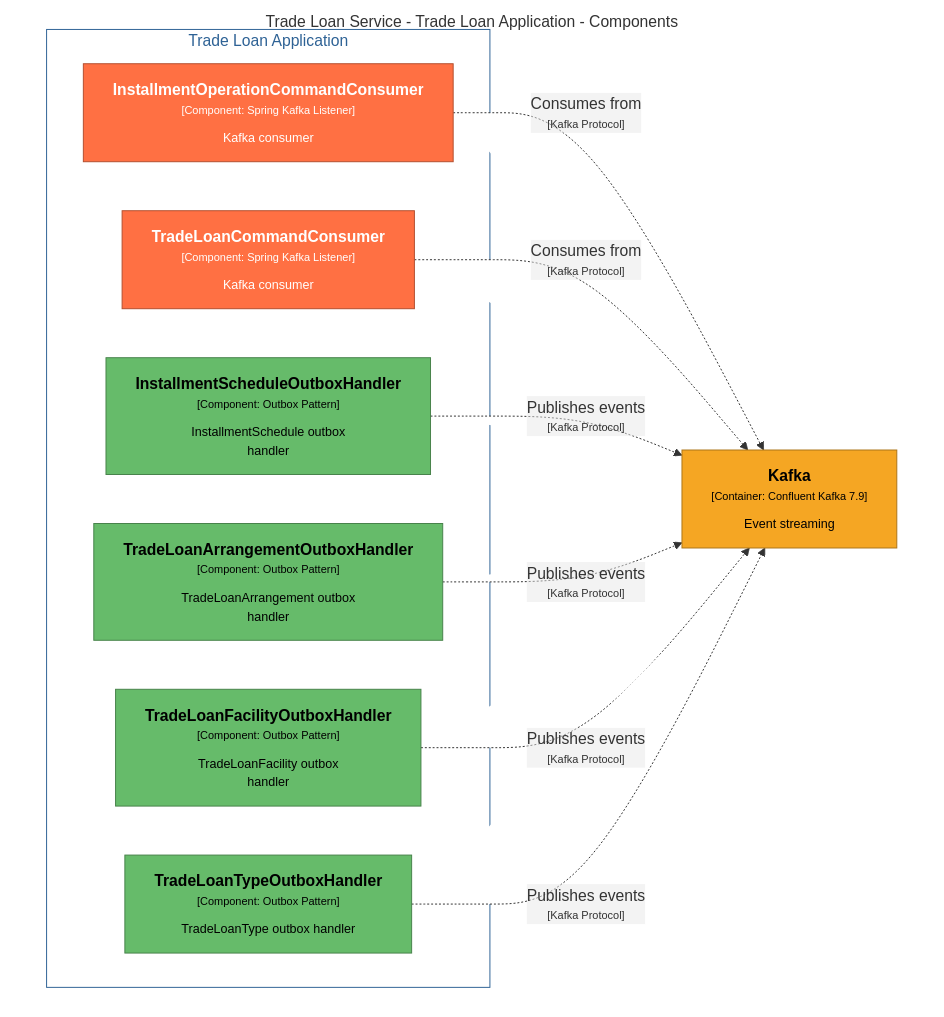
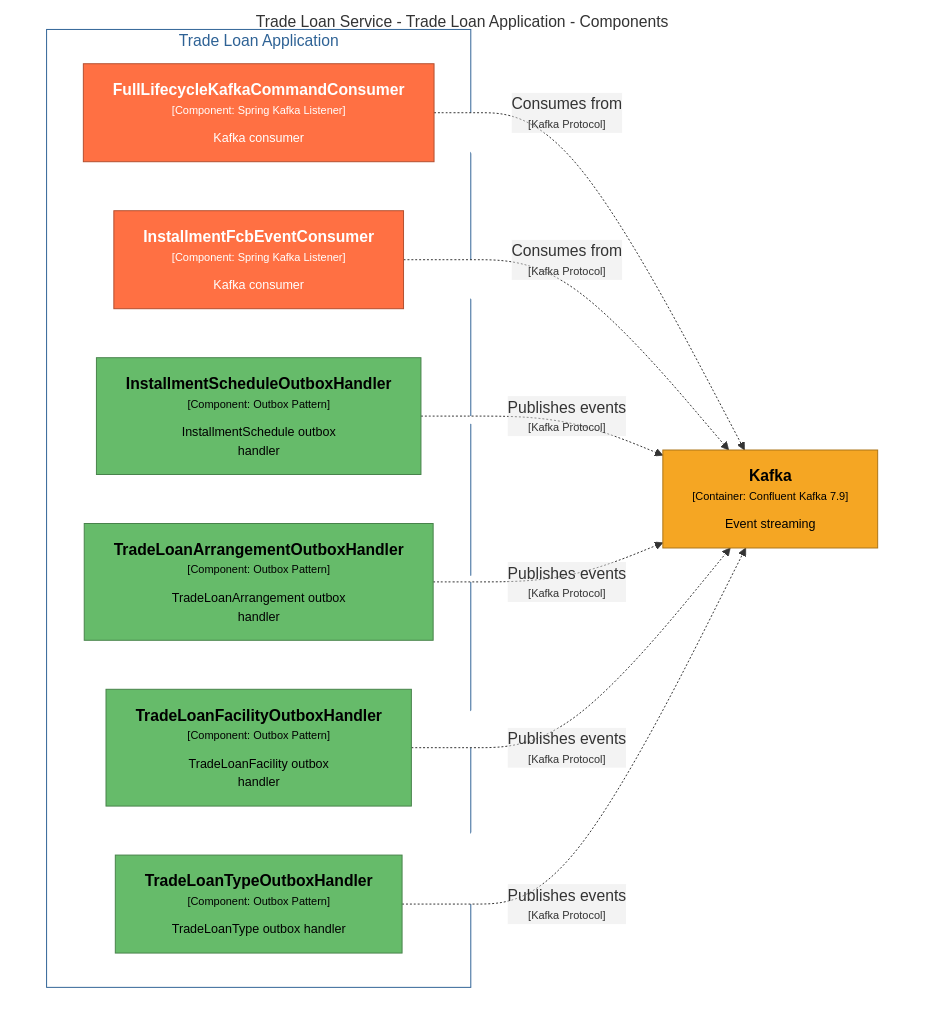
Before and after one commit to ghazalehjozani/nova: the diagram in documents/c4/mermaid/Messaging.mmd, drawn with Mermaid. The commit also changed 36 other files, not shown here.

```diff
--- a/documents/c4/mermaid/Messaging.mmd
+++ b/documents/c4/mermaid/Messaging.mmd
@@ -1,33 +1,33 @@
 graph TB
   linkStyle default fill:#ffffff
 
   subgraph diagram ["Trade Loan Service - Trade Loan Application - Components"]
     style diagram fill:#ffffff,stroke:#ffffff
 
     13["<div style='font-weight: bold'>Kafka</div><div style='font-size: 70%; margin-top: 0px'>[Container: Confluent Kafka 7.9]</div><div style='font-size: 80%; margin-top:10px'>Event streaming</div>"]
     style 13 fill:#f5a623,stroke:#ab7418,color:#000000
 
     subgraph 11 ["Trade Loan Application"]
       style 11 fill:#ffffff,stroke:#2e6295,color:#2e6295
 
       139["<div style='font-weight: bold'>InstallmentScheduleOutboxHandler</div><div style='font-size: 70%; margin-top: 0px'>[Component: Outbox Pattern]</div><div style='font-size: 80%; margin-top:10px'>InstallmentSchedule outbox<br />handler</div>"]
       style 139 fill:#66bb6a,stroke:#47824a,color:#000000
       140["<div style='font-weight: bold'>TradeLoanArrangementOutboxHandler</div><div style='font-size: 70%; margin-top: 0px'>[Component: Outbox Pattern]</div><div style='font-size: 80%; margin-top:10px'>TradeLoanArrangement outbox<br />handler</div>"]
       style 140 fill:#66bb6a,stroke:#47824a,color:#000000
       141["<div style='font-weight: bold'>TradeLoanFacilityOutboxHandler</div><div style='font-size: 70%; margin-top: 0px'>[Component: Outbox Pattern]</div><div style='font-size: 80%; margin-top:10px'>TradeLoanFacility outbox<br />handler</div>"]
       style 141 fill:#66bb6a,stroke:#47824a,color:#000000
       142["<div style='font-weight: bold'>TradeLoanTypeOutboxHandler</div><div style='font-size: 70%; margin-top: 0px'>[Component: Outbox Pattern]</div><div style='font-size: 80%; margin-top:10px'>TradeLoanType outbox handler</div>"]
       style 142 fill:#66bb6a,stroke:#47824a,color:#000000
-      70["<div style='font-weight: bold'>InstallmentOperationCommandConsumer</div><div style='font-size: 70%; margin-top: 0px'>[Component: Spring Kafka Listener]</div><div style='font-size: 80%; margin-top:10px'>Kafka consumer</div>"]
+      70["<div style='font-weight: bold'>FullLifecycleKafkaCommandConsumer</div><div style='font-size: 70%; margin-top: 0px'>[Component: Spring Kafka Listener]</div><div style='font-size: 80%; margin-top:10px'>Kafka consumer</div>"]
       style 70 fill:#ff7043,stroke:#b24e2e,color:#ffffff
-      71["<div style='font-weight: bold'>TradeLoanCommandConsumer</div><div style='font-size: 70%; margin-top: 0px'>[Component: Spring Kafka Listener]</div><div style='font-size: 80%; margin-top:10px'>Kafka consumer</div>"]
+      71["<div style='font-weight: bold'>InstallmentFcbEventConsumer</div><div style='font-size: 70%; margin-top: 0px'>[Component: Spring Kafka Listener]</div><div style='font-size: 80%; margin-top:10px'>Kafka consumer</div>"]
       style 71 fill:#ff7043,stroke:#b24e2e,color:#ffffff
     end
 
     70-. "<div>Consumes from</div><div style='font-size: 70%'>[Kafka Protocol]</div>" .->13
     71-. "<div>Consumes from</div><div style='font-size: 70%'>[Kafka Protocol]</div>" .->13
     139-. "<div>Publishes events</div><div style='font-size: 70%'>[Kafka Protocol]</div>" .->13
     140-. "<div>Publishes events</div><div style='font-size: 70%'>[Kafka Protocol]</div>" .->13
     141-. "<div>Publishes events</div><div style='font-size: 70%'>[Kafka Protocol]</div>" .->13
     142-. "<div>Publishes events</div><div style='font-size: 70%'>[Kafka Protocol]</div>" .->13
   end
```
